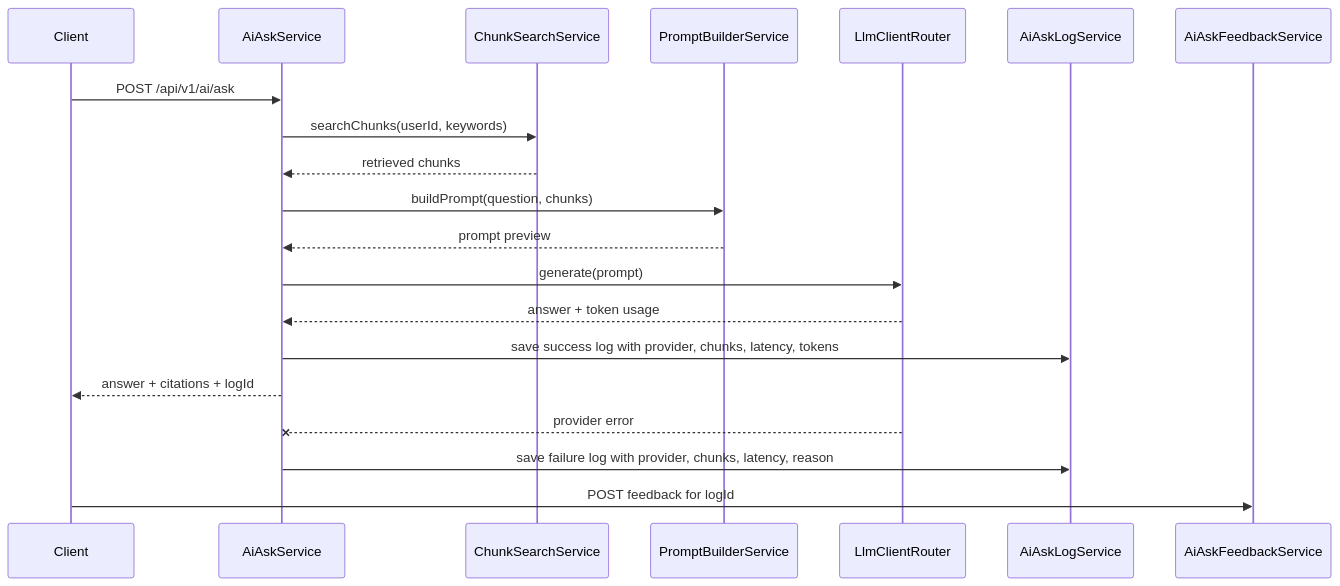
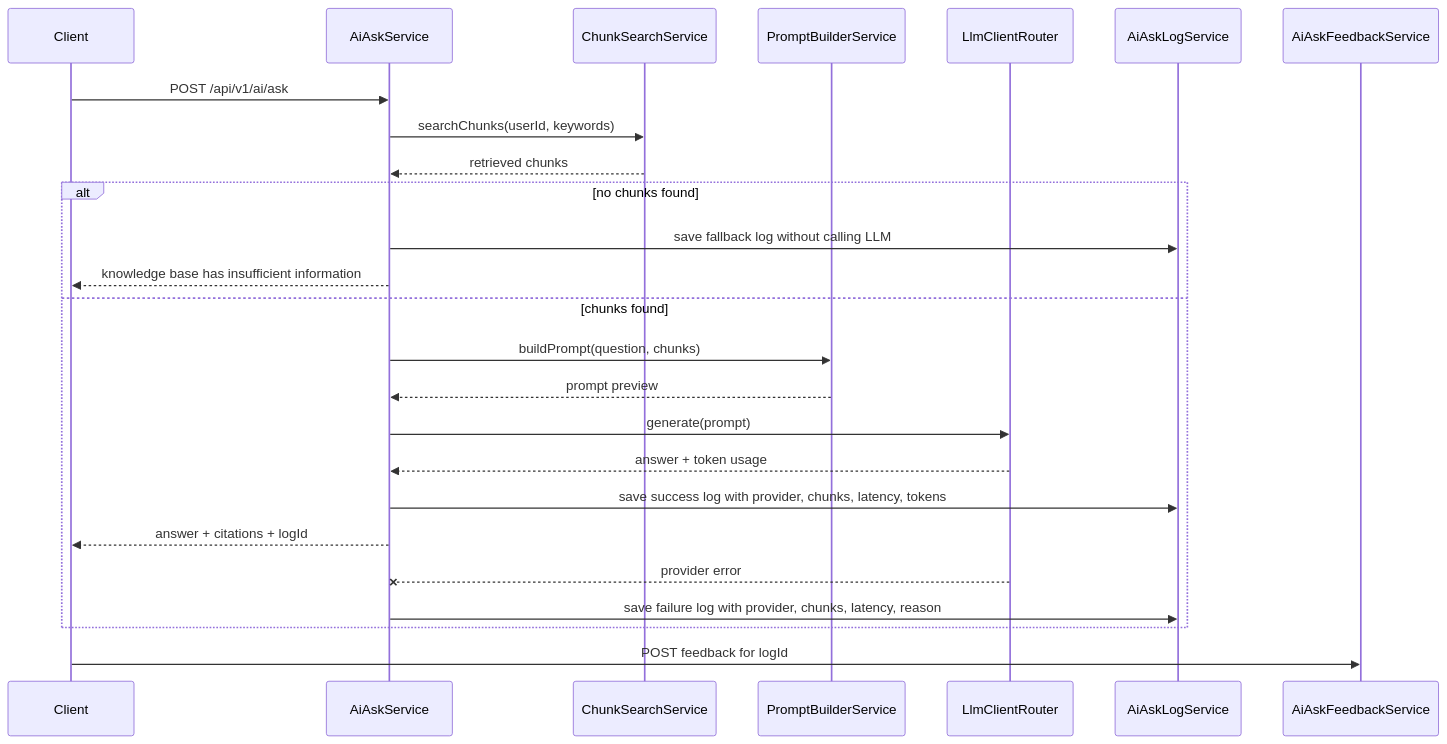
One commit to wwjorker/devmind changed the second of 2 diagrams in backend/README.md. Above: the diagram before and after it, drawn with Mermaid. The commit also changed other lines of this file and 5 other files, not shown here.

````diff
--- a/backend/README.md
+++ b/backend/README.md
@@ -106,23 +108,28 @@
 ```mermaid
 sequenceDiagram
     participant Client
     participant AI as AiAskService
     participant Search as ChunkSearchService
     participant Prompt as PromptBuilderService
     participant LLM as LlmClientRouter
     participant Log as AiAskLogService
     participant Feedback as AiAskFeedbackService
 
     Client->>AI: POST /api/v1/ai/ask
     AI->>Search: searchChunks(userId, keywords)
     Search-->>AI: retrieved chunks
+    alt no chunks found
+        AI->>Log: save fallback log without calling LLM
+        AI-->>Client: knowledge base has insufficient information
+    else chunks found
     AI->>Prompt: buildPrompt(question, chunks)
     Prompt-->>AI: prompt preview
     AI->>LLM: generate(prompt)
     LLM-->>AI: answer + token usage
     AI->>Log: save success log with provider, chunks, latency, tokens
     AI-->>Client: answer + citations + logId
     LLM--xAI: provider error
     AI->>Log: save failure log with provider, chunks, latency, reason
+    end
     Client->>Feedback: POST feedback for logId
 ```
````
